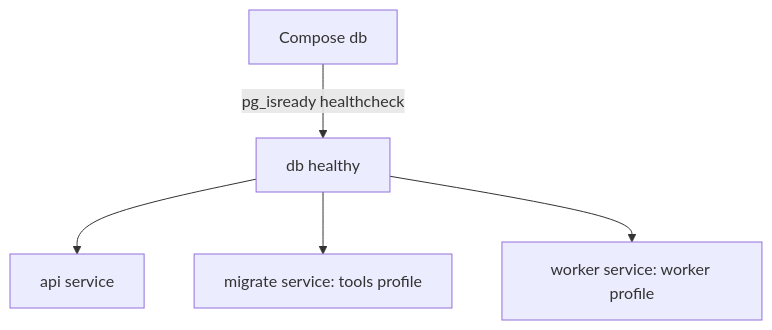
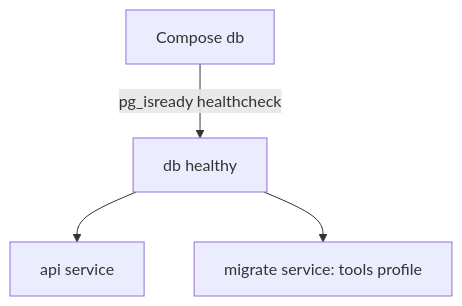
One commit to ValeriDublekov/MediaDock2.0 changed the fourth of 4 diagrams in docs/ai/ARCHITECTURE.md. Above: the diagram before and after it, drawn with Mermaid. The commit also changed other lines of this file and 69 other files, not shown here.

````diff
--- a/docs/ai/ARCHITECTURE.md
+++ b/docs/ai/ARCHITECTURE.md
@@ -92,7 +108,6 @@
 ```mermaid
 flowchart TD
     db["Compose db"] -->|"pg_isready healthcheck"| healthy["db healthy"]
     healthy --> api["api service"]
     healthy --> migrate["migrate service: tools profile"]
-    healthy --> worker["worker service: worker profile"]
 ```
````
